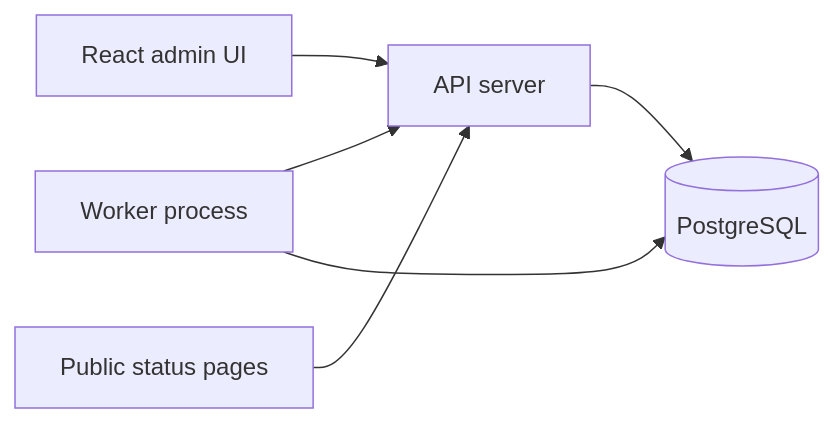
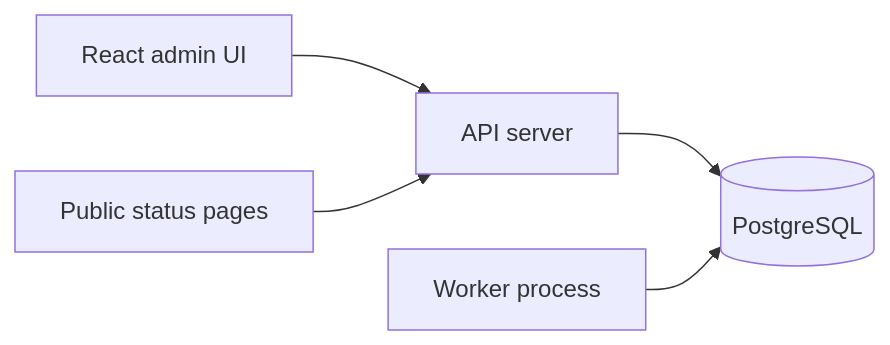
Before and after one commit to tomnekic/alon-sentinel: the diagram in README.md, drawn with Mermaid. The commit also changed other lines of this file and 4 other files, not shown here.

````diff
--- a/README.md
+++ b/README.md
@@ -141,8 +141,7 @@
 ```mermaid
 flowchart LR
-    Worker[Worker process] --> API[API server]
-    Admin[React admin UI] --> API
+    Admin[React admin UI] --> API[API server]
     Public[Public status pages] --> API
     API --> Postgres[(PostgreSQL)]
-    Worker --> Postgres
+    Worker[Worker process] --> Postgres
 ```
````
